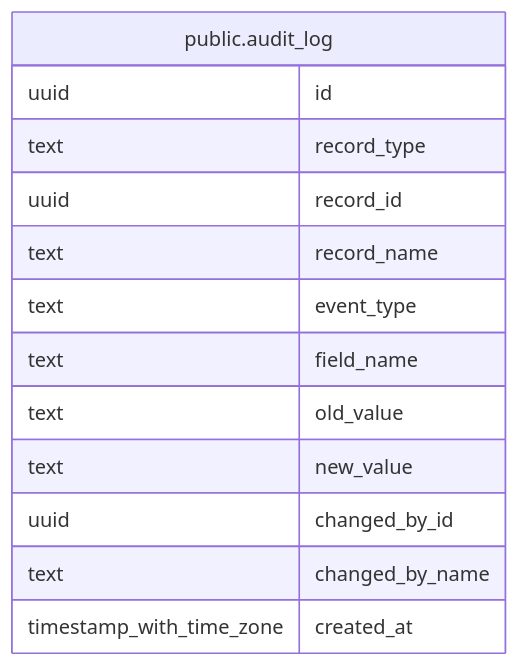
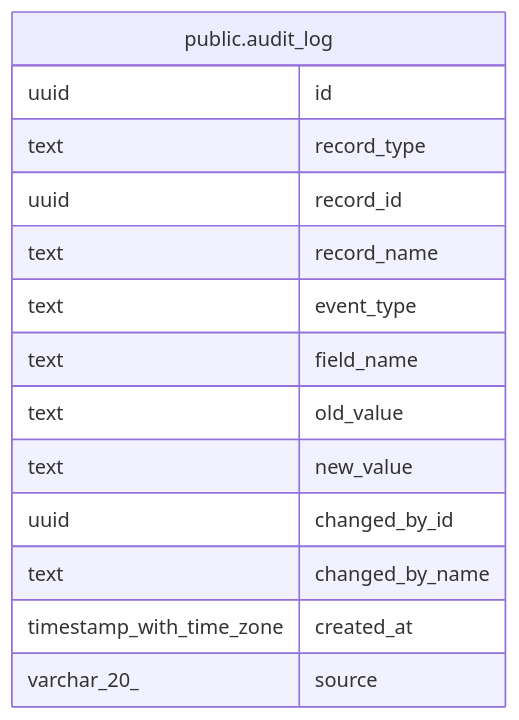
One commit to rkseattle/minicrm changed the diagram in docs/schema/public.audit_log.md. Above: the diagram before and after it, drawn with Mermaid. The commit also changed other lines of this file and 20 other files, not shown here.

First line of the commit message:
Add DB schema for AI cost rate config, per-feature/day usage tracking, and field exclusions (MINCRM-459, MINCRM-461)

````diff
--- a/docs/schema/public.audit_log.md
+++ b/docs/schema/public.audit_log.md
@@ -48,18 +50,19 @@
 ```mermaid
 erDiagram
 
 
 "public.audit_log" {
   uuid id ""
   text record_type ""
   uuid record_id ""
   text record_name ""
   text event_type ""
   text field_name ""
   text old_value ""
   text new_value ""
   uuid changed_by_id ""
   text changed_by_name ""
   timestamp_with_time_zone created_at ""
+  varchar_20_ source ""
 }
 ```
````
